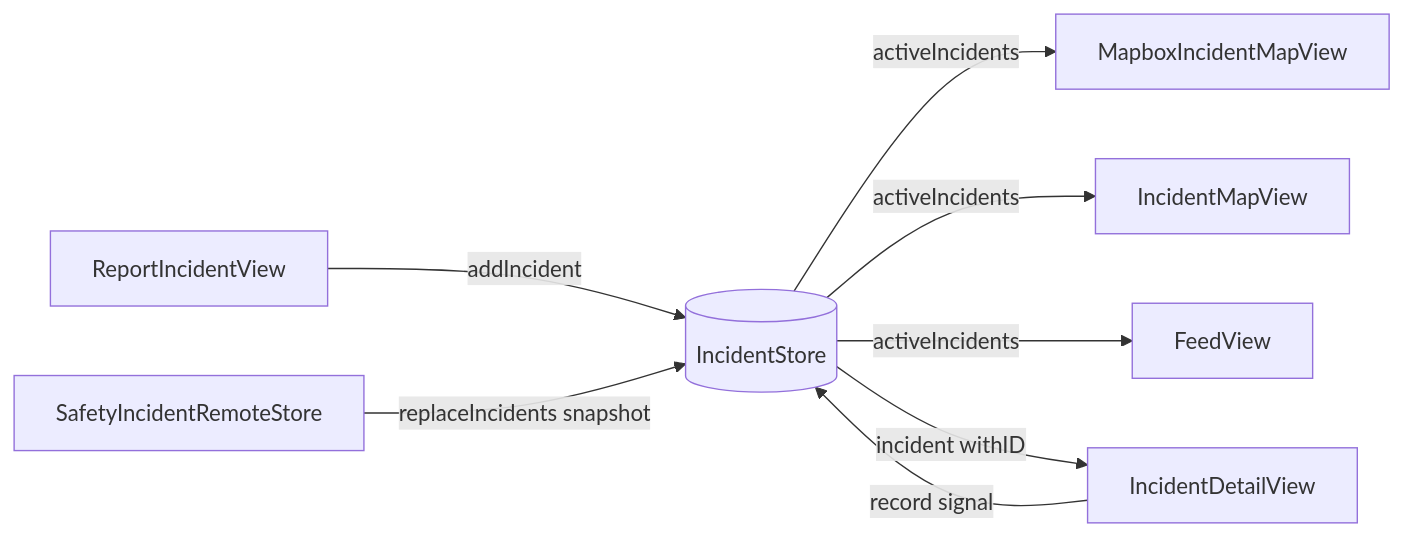
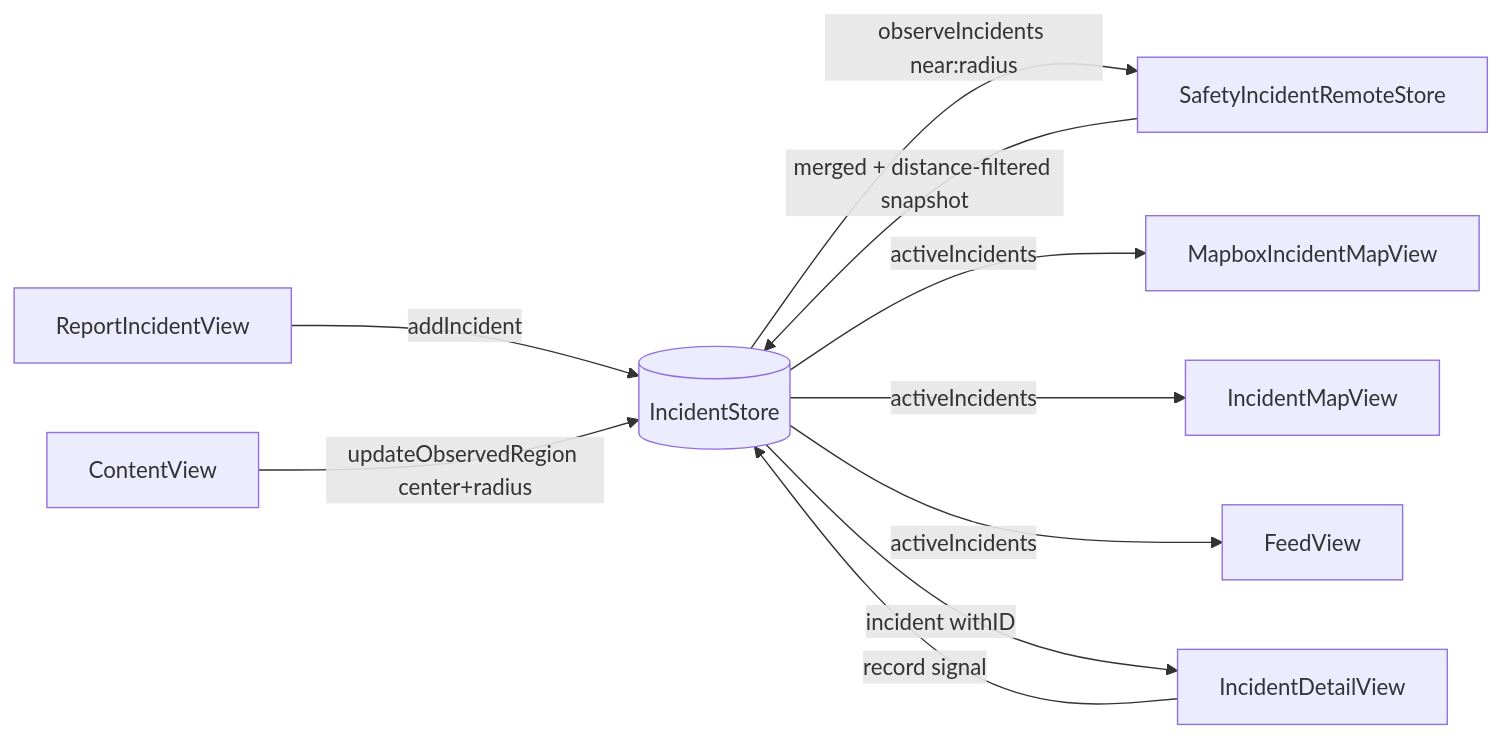
Before and after one commit to ndmx/pulsetrackr: the second of 3 diagrams in WIKI.md, drawn with Mermaid. The commit also changed other lines of this file and 41 other files, not shown here.

````diff
--- a/WIKI.md
+++ b/WIKI.md
@@ -92,13 +99,15 @@
 ```mermaid
 graph LR
     IS[(IncidentStore)]
 
     IDV[IncidentDetailView] -->|record signal| IS
     RIV[ReportIncidentView] -->|addIncident| IS
-    RS[SafetyIncidentRemoteStore] -->|replaceIncidents snapshot| IS
+    CV[ContentView] -->|updateObservedRegion center+radius| IS
+    IS -->|observeIncidents near:radius| RS[SafetyIncidentRemoteStore]
+    RS -->|merged + distance-filtered snapshot| IS
 
     IS -->|activeIncidents| MIMV[MapboxIncidentMapView]
     IS -->|activeIncidents| IMV[IncidentMapView]
     IS -->|activeIncidents| FV[FeedView]
     IS -->|incident withID| IDV
 ```
````
